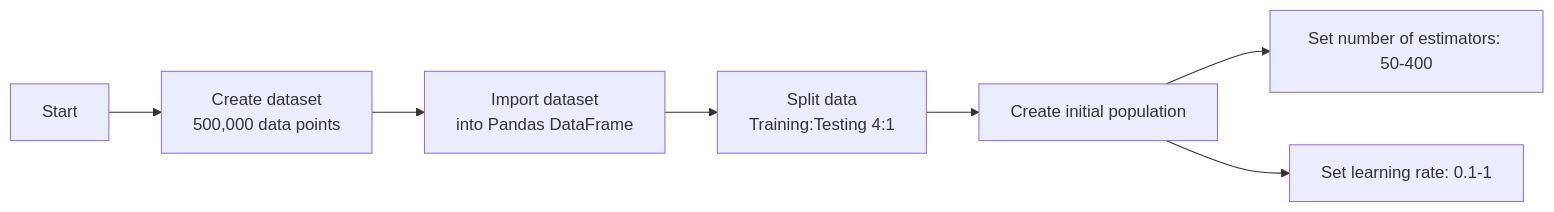
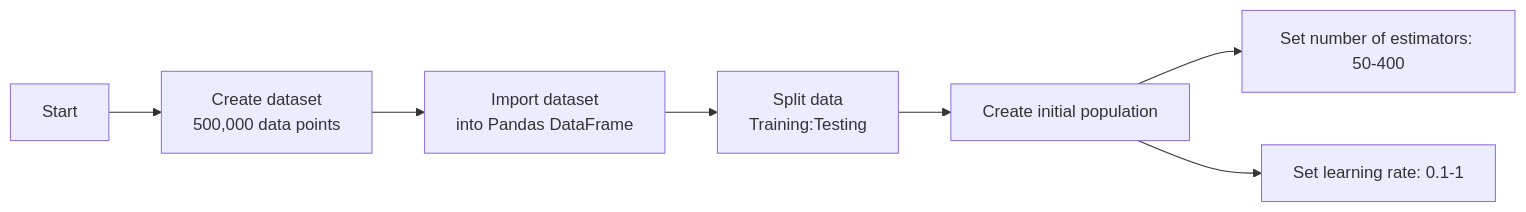
Before and after one commit to rtenacity/dark-matter-genetic: the second of 4 diagrams in slides/slides.md, drawn with Mermaid. The commit also changed other lines of this file and 2 other files, not shown here.

````diff
--- a/slides/slides.md
+++ b/slides/slides.md
@@ -309,9 +310,9 @@
 ```mermaid
   flowchart LR
       A[Start] --> B[Create dataset\n500,000 data points]
       B --> C[Import dataset\ninto Pandas DataFrame]
-      C --> D[Split data\nTraining:Testing 4:1]
+      C --> D[Split data\nTraining:Testing]
       D --> E[Create initial population]
       E --> E1[Set number of estimators: 50-400]
       E --> E2[Set learning rate: 0.1-1]
 ```
````
